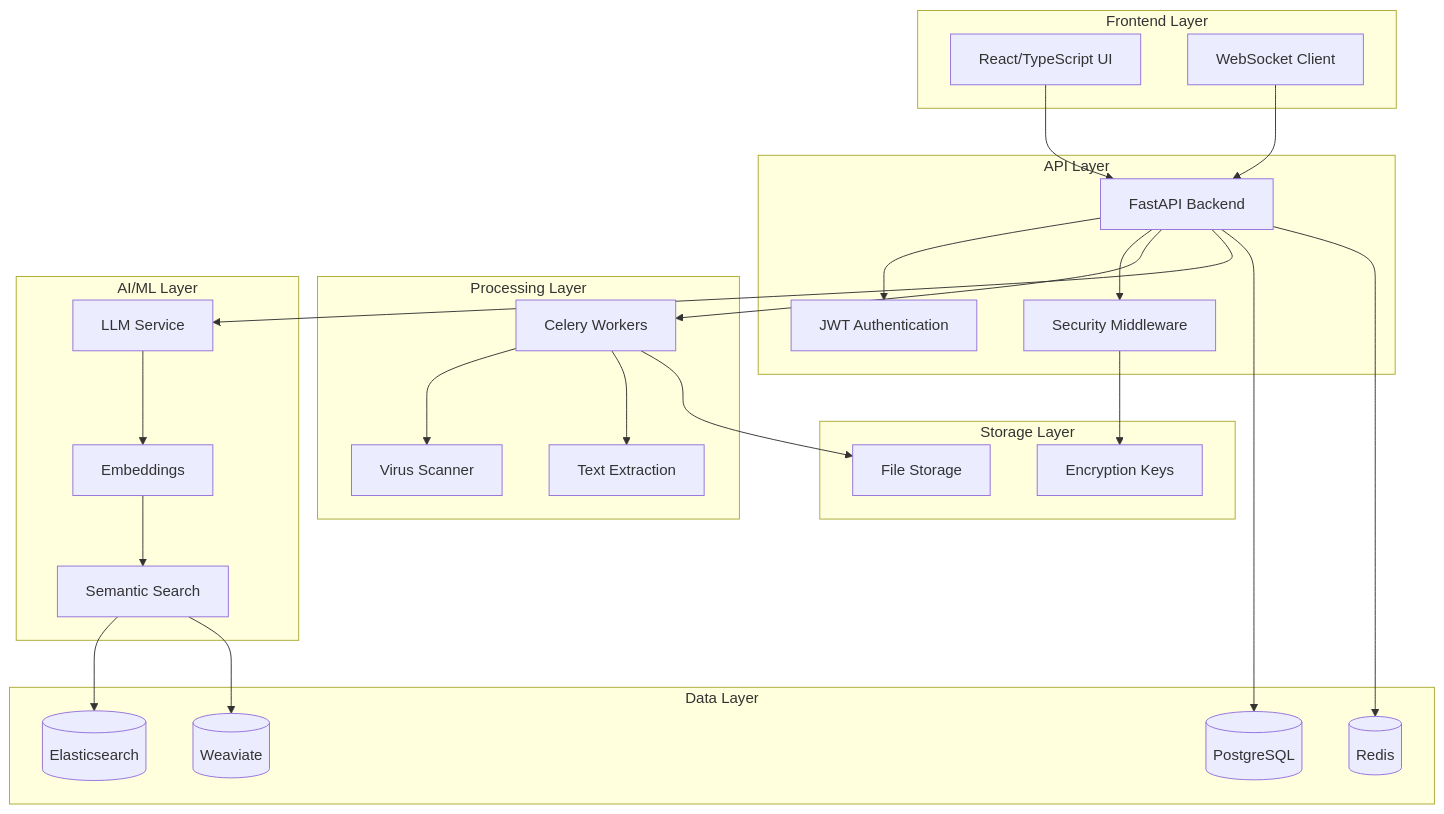
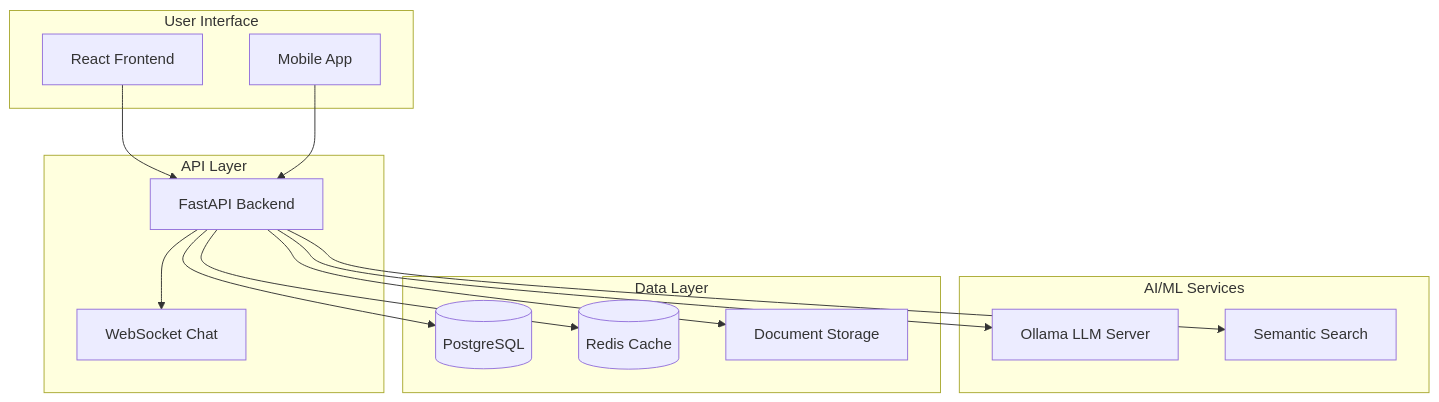
Before and after one commit to sharedoxygen/indoc-app: the diagram in README.md, drawn with Mermaid. The commit also changed other lines of this file, not shown here.

````diff
--- a/README.md
+++ b/README.md
@@ -108,54 +145,32 @@
 ```mermaid
 graph TB
-    subgraph "Frontend Layer"
-        UI[React/TypeScript UI]
-        WS[WebSocket Client]
+    subgraph "User Interface"
+        UI[React Frontend]
+        MOBILE[Mobile App]
     end
     
-    subgraph "API Layer"
+    subgraph "API Layer"  
         API[FastAPI Backend]
-        AUTH[JWT Authentication]
-        MIDDLEWARE[Security Middleware]
+        WS[WebSocket Chat]
     end
     
-    subgraph "Processing Layer"
-        CELERY[Celery Workers]
-        VIRUS[Virus Scanner]
-        EXTRACT[Text Extraction]
-    end
-    
-    subgraph "AI/ML Layer"
-        LLM[LLM Service]
-        EMBED[Embeddings]
+    subgraph "AI/ML Services"
+        OLLAMA[Ollama LLM Server]
         SEARCH[Semantic Search]
     end
     
     subgraph "Data Layer"
         POSTGRES[(PostgreSQL)]
-        REDIS[(Redis)]
-        ELASTIC[(Elasticsearch)]
-        WEAVIATE[(Weaviate)]
-    end
-    
-    subgraph "Storage Layer"
-        FILES[File Storage]
-        ENCRYPT[Encryption Keys]
+        REDIS[(Redis Cache)]
+        FILES[Document Storage]
     end
     
     UI --> API
-    WS --> API
-    API --> AUTH
-    API --> MIDDLEWARE
-    API --> CELERY
-    CELERY --> VIRUS
-    CELERY --> EXTRACT
-    API --> LLM
-    LLM --> EMBED
-    EMBED --> SEARCH
-    SEARCH --> ELASTIC
-    SEARCH --> WEAVIATE
+    MOBILE --> API
+    API --> WS
+    API --> OLLAMA
+    API --> SEARCH
     API --> POSTGRES
     API --> REDIS
-    CELERY --> FILES
-    MIDDLEWARE --> ENCRYPT
+    API --> FILES
 ```
````
